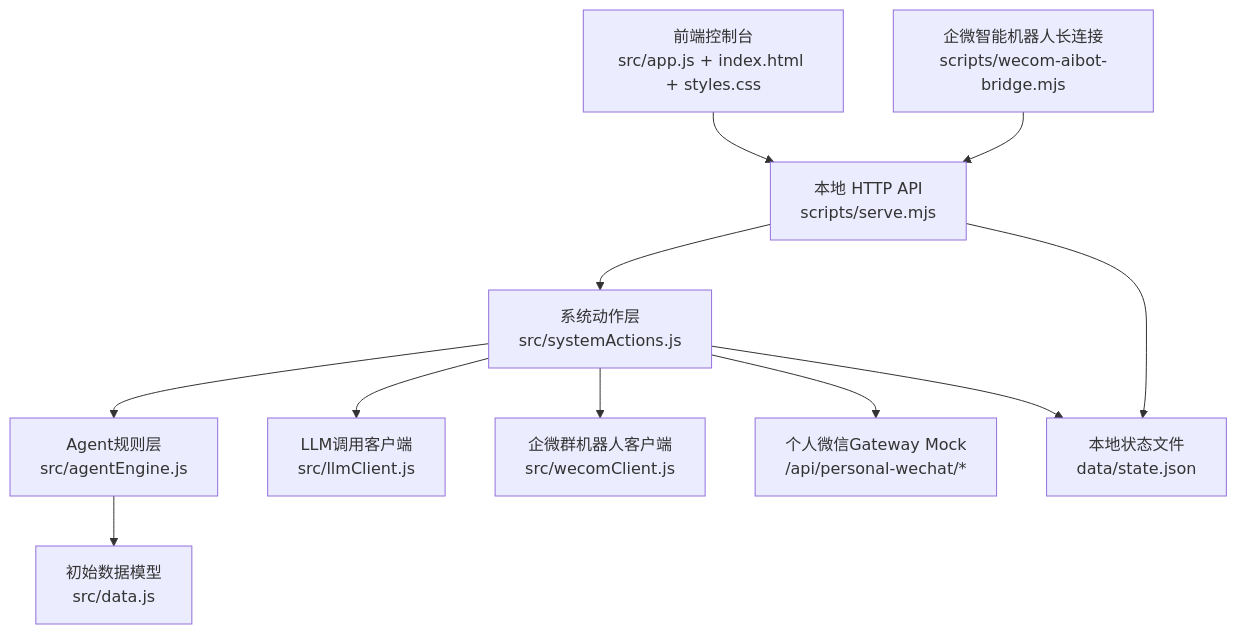
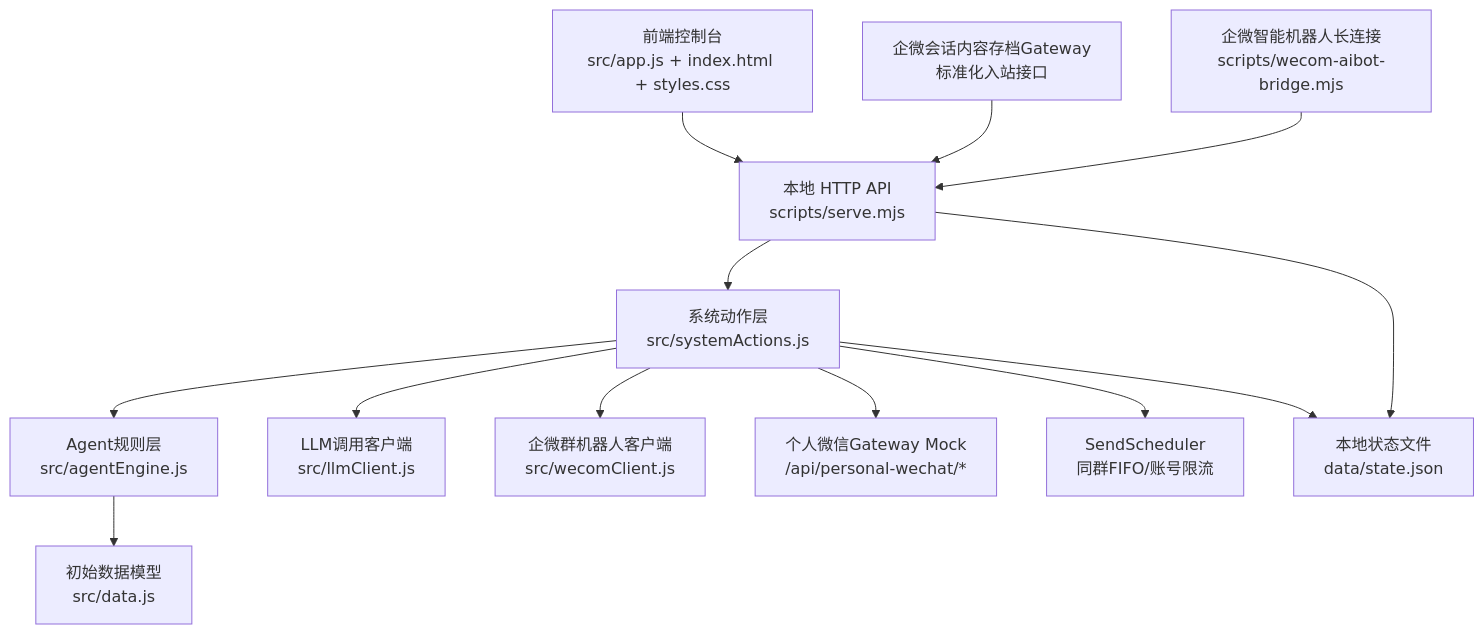
Before and after one commit to JUJUJUN313/customer-ops-agent-console: the first of 3 diagrams in docs/ARCHITECTURE.md, drawn with Mermaid. The commit also changed other lines of this file and 15 other files, not shown here.

Commit message:
feat: add archive inbound and send scheduler

````diff
--- a/docs/ARCHITECTURE.md
+++ b/docs/ARCHITECTURE.md
@@ -5,24 +5,28 @@
 ```mermaid
 flowchart TB
   UI["前端控制台<br/>src/app.js + index.html + styles.css"]
   API["本地 HTTP API<br/>scripts/serve.mjs"]
   Actions["系统动作层<br/>src/systemActions.js"]
   Agents["Agent规则层<br/>src/agentEngine.js"]
   LLM["LLM调用客户端<br/>src/llmClient.js"]
   WeComClient["企微群机器人客户端<br/>src/wecomClient.js"]
+  WeComArchive["企微会话内容存档Gateway<br/>标准化入站接口"]
   WeComBridge["企微智能机器人长连接<br/>scripts/wecom-aibot-bridge.mjs"]
   PersonalWechat["个人微信Gateway Mock<br/>/api/personal-wechat/*"]
+  Scheduler["SendScheduler<br/>同群FIFO/账号限流"]
   Data["初始数据模型<br/>src/data.js"]
   Store["本地状态文件<br/>data/state.json"]
 
   UI --> API
   API --> Actions
   Actions --> Agents
   Actions --> LLM
   Actions --> WeComClient
+  WeComArchive --> API
   Actions --> PersonalWechat
+  Actions --> Scheduler
   Actions --> Store
   WeComBridge --> API
   Agents --> Data
   API --> Store
 ```
````
